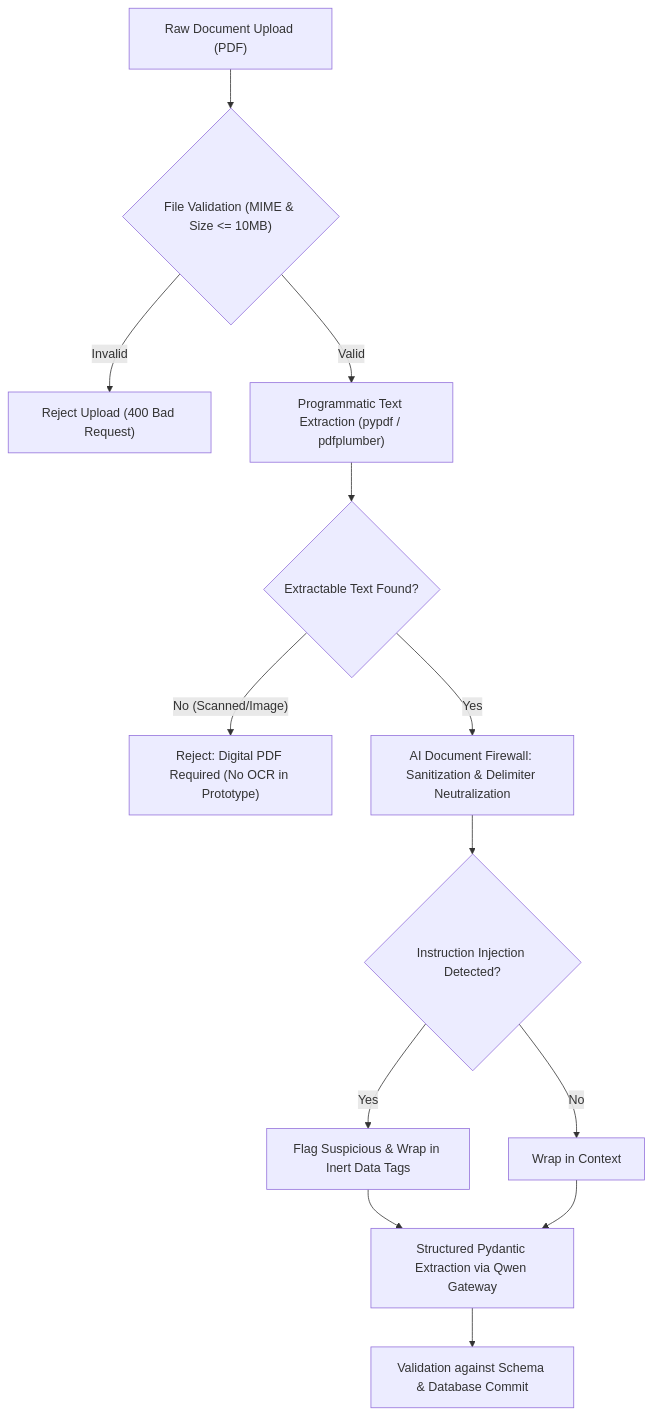
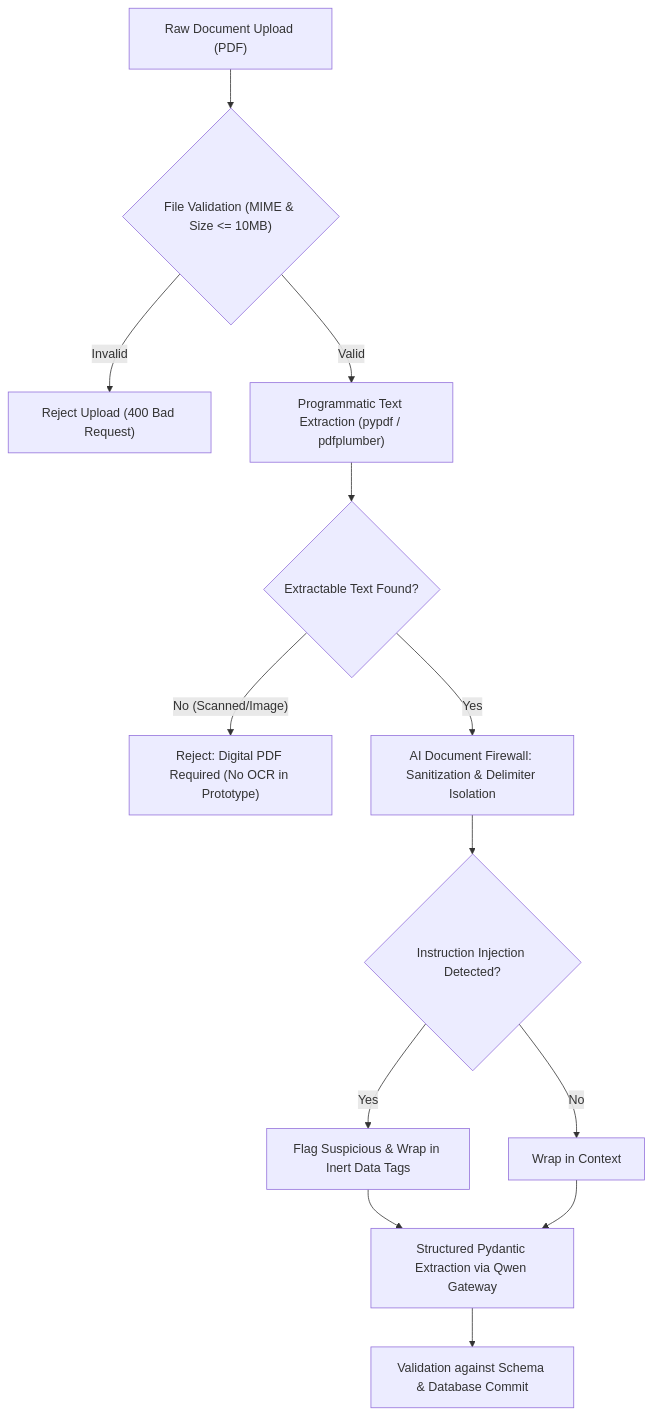
One commit to sharancode3/WorkSense changed the fourth of 6 diagrams in docs/02-TRD.md. Above: the diagram before and after it, drawn with Mermaid. The commit also changed other lines of this file and 10 other files, not shown here.

````diff
--- a/docs/02-TRD.md
+++ b/docs/02-TRD.md
@@ -454,15 +454,15 @@
 ```mermaid
 flowchart TD
     A["Raw Document Upload (PDF)"] --> B{"File Validation (MIME & Size <= 10MB)"}
     B -- "Invalid" --> ERR["Reject Upload (400 Bad Request)"]
     B -- "Valid" --> C["Programmatic Text Extraction (pypdf / pdfplumber)"]
     C --> D{"Extractable Text Found?"}
     D -- "No (Scanned/Image)" --> SERR["Reject: Digital PDF Required (No OCR in Prototype)"]
-    D -- "Yes" --> E["AI Document Firewall: Sanitization & Delimiter Neutralization"]
+    D -- "Yes" --> E["AI Document Firewall: Sanitization & Delimiter Isolation"]
     E --> F{"Instruction Injection Detected?"}
     F -- "Yes" --> FLAG["Flag Suspicious & Wrap in Inert Data Tags"]
     F -- "No" --> G["Wrap in <untrusted_data> Context"]
     FLAG --> H["Structured Pydantic Extraction via Qwen Gateway"]
     G --> H
     H --> I["Validation against Schema & Database Commit"]
 ```
````
